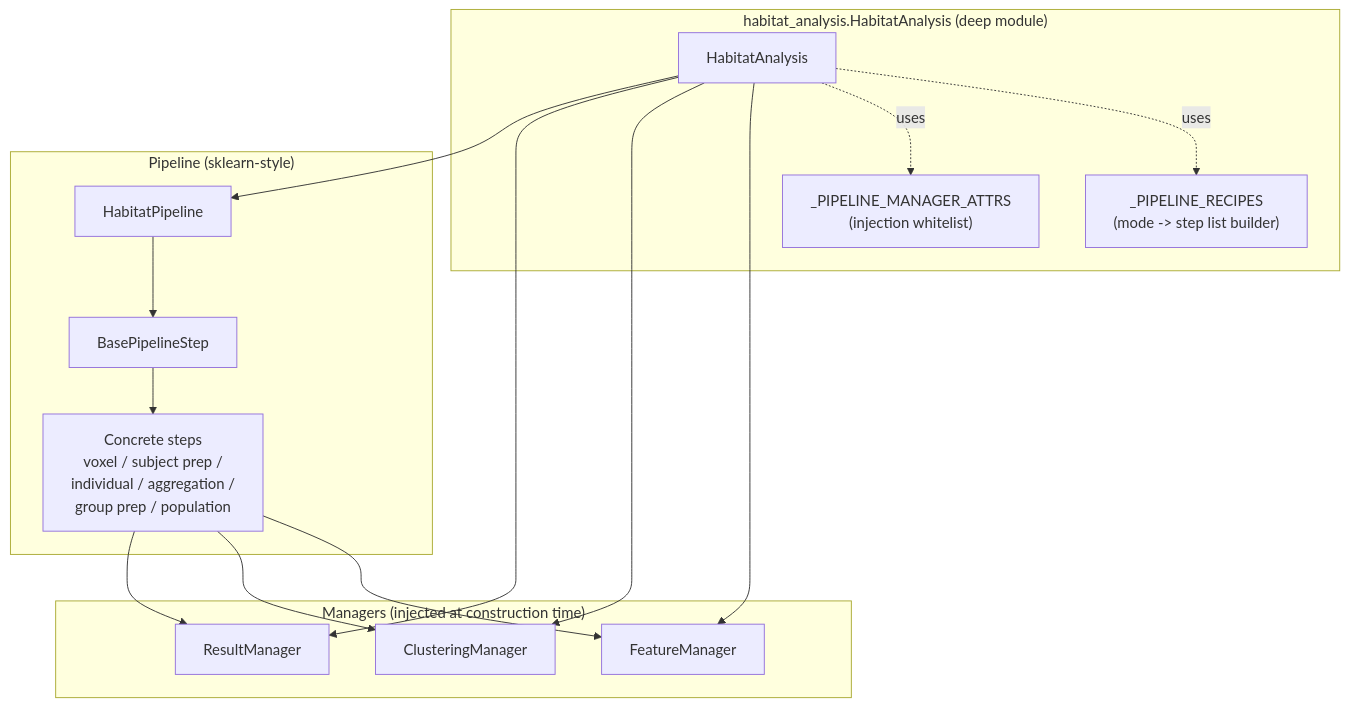
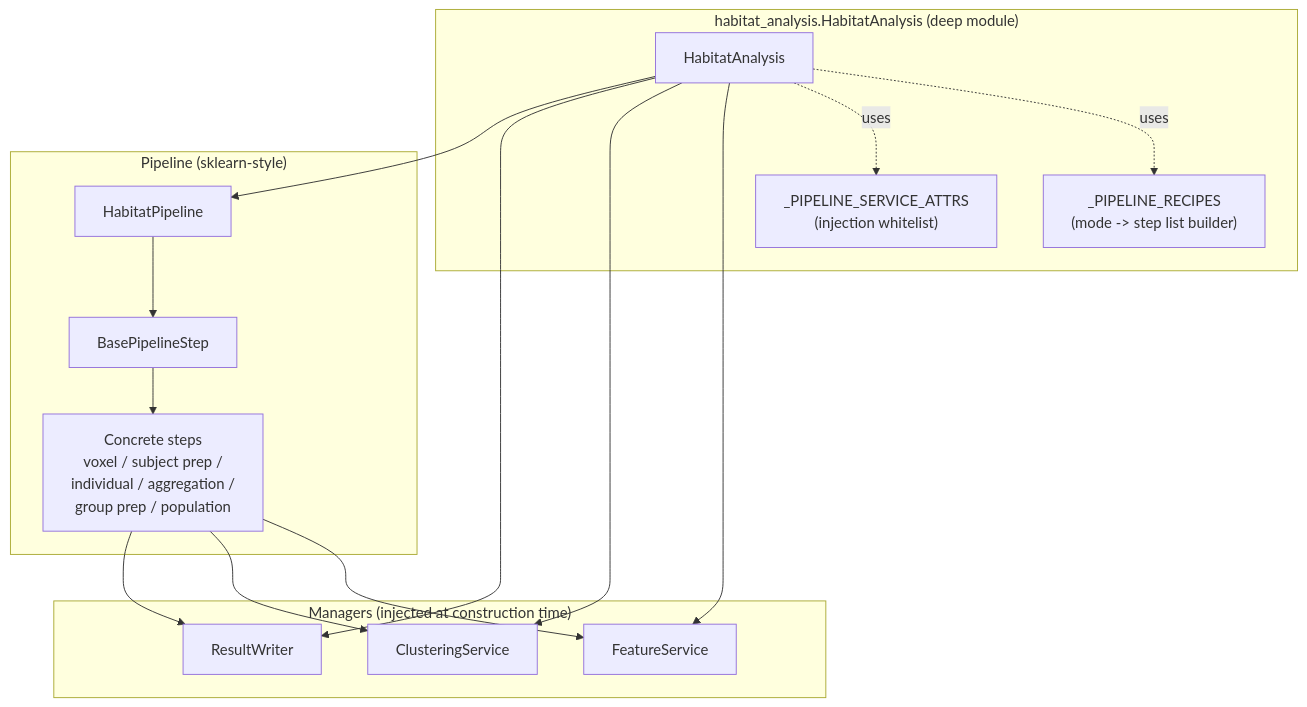
Before and after one commit to lichao312214129/HABIT: the first of 4 diagrams in habit/core/habitat_analysis/ARCHITECTURE.md, drawn with Mermaid. The commit also changed other lines of this file and 39 other files, not shown here.

````diff
--- a/habit/core/habitat_analysis/ARCHITECTURE.md
+++ b/habit/core/habitat_analysis/ARCHITECTURE.md
@@ -113,32 +113,32 @@
 ```mermaid
 graph TB
     subgraph "habitat_analysis.HabitatAnalysis (deep module)"
         HA[HabitatAnalysis]
         Rec["_PIPELINE_RECIPES<br/>(mode -> step list builder)"]
-        Wl["_PIPELINE_MANAGER_ATTRS<br/>(injection whitelist)"]
+        Wl["_PIPELINE_SERVICE_ATTRS<br/>(injection whitelist)"]
         HA -.uses.-> Rec
         HA -.uses.-> Wl
     end
 
     subgraph "Managers (injected at construction time)"
-        FM[FeatureManager]
-        CM[ClusteringManager]
-        RM[ResultManager]
+        FM[FeatureService]
+        CM[ClusteringService]
+        RM[ResultWriter]
     end
 
     subgraph "Pipeline (sklearn-style)"
         HP[HabitatPipeline]
         BPS[BasePipelineStep]
         Steps[Concrete steps<br/>voxel / subject prep /<br/>individual / aggregation /<br/>group prep / population]
     end
 
     HA --> FM
     HA --> CM
     HA --> RM
     HA --> HP
     HP --> BPS
     BPS --> Steps
     Steps --> FM
     Steps --> CM
     Steps --> RM
 ```
````
